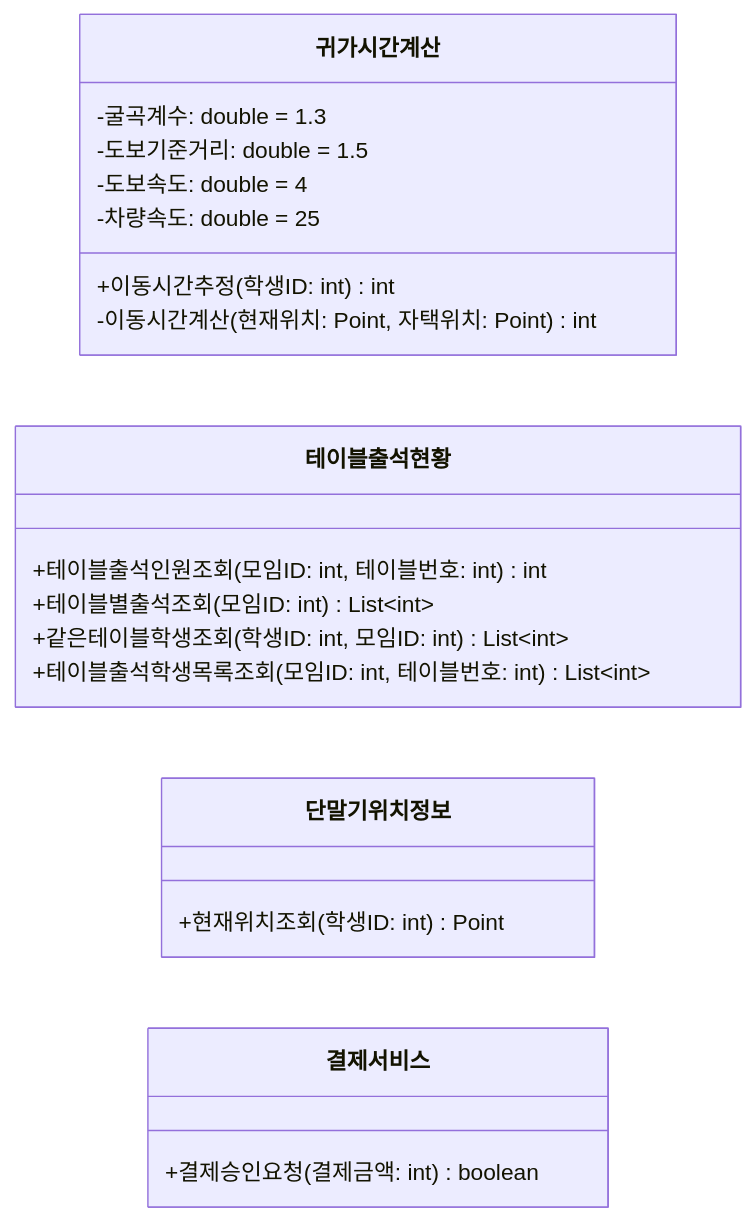
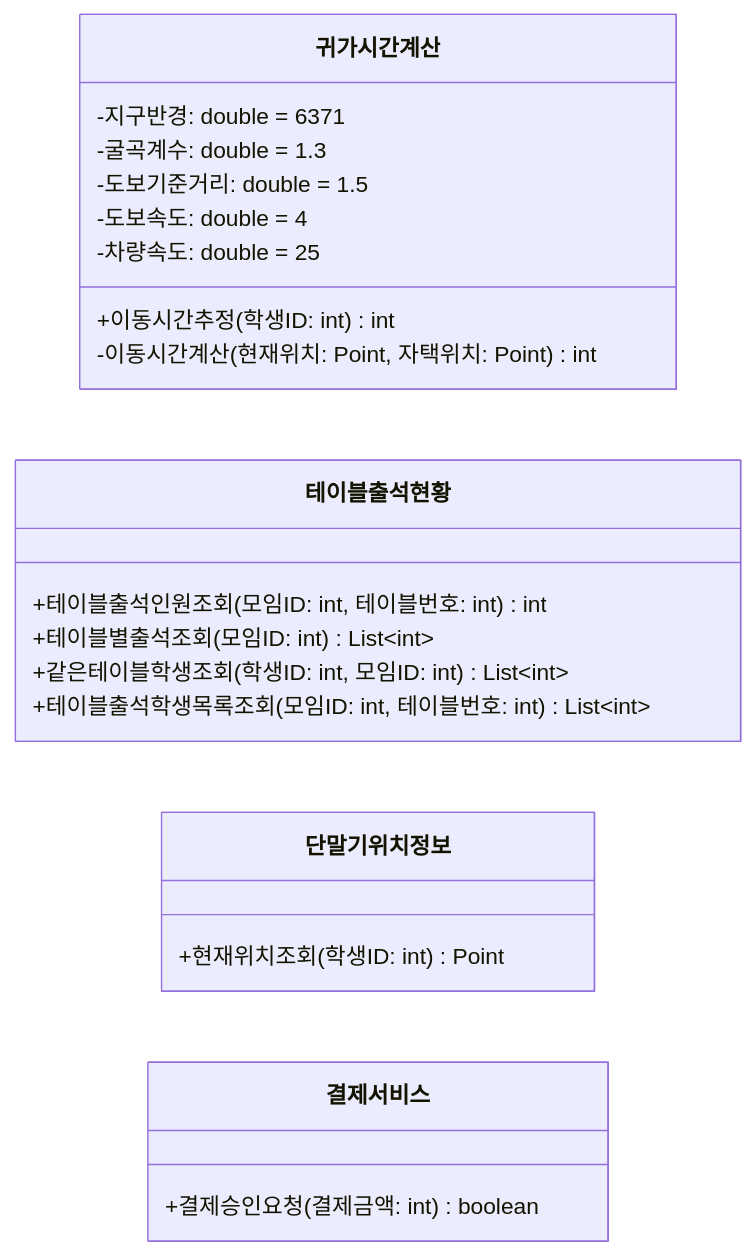
Before and after one commit to hojae3/sw-engineering-16: the eighth of 14 diagrams in class-diagram/class-diagram.md, drawn with Mermaid. The commit also changed other lines of this file and 3 other files, not shown here.

````diff
--- a/class-diagram/class-diagram.md
+++ b/class-diagram/class-diagram.md
@@ -635,24 +635,25 @@
 ```mermaid
 classDiagram
     direction LR
     class ReturnHomeTimeCalc["귀가시간계산"] {
+        -지구반경: double = 6371
         -굴곡계수: double = 1.3
         -도보기준거리: double = 1.5
         -도보속도: double = 4
         -차량속도: double = 25
         +이동시간추정(학생ID: int) int
         -이동시간계산(현재위치: Point, 자택위치: Point) int
     }
     class TableAttendanceStatus["테이블출석현황"] {
         +테이블출석인원조회(모임ID: int, 테이블번호: int) int
         +테이블별출석조회(모임ID: int) List~int~
         +같은테이블학생조회(학생ID: int, 모임ID: int) List~int~
         +테이블출석학생목록조회(모임ID: int, 테이블번호: int) List~int~
     }
     class DeviceLocation["단말기위치정보"] {
         +현재위치조회(학생ID: int) Point
     }
     class PaymentService["결제서비스"] {
         +결제승인요청(결제금액: int) boolean
     }
 ```
````
